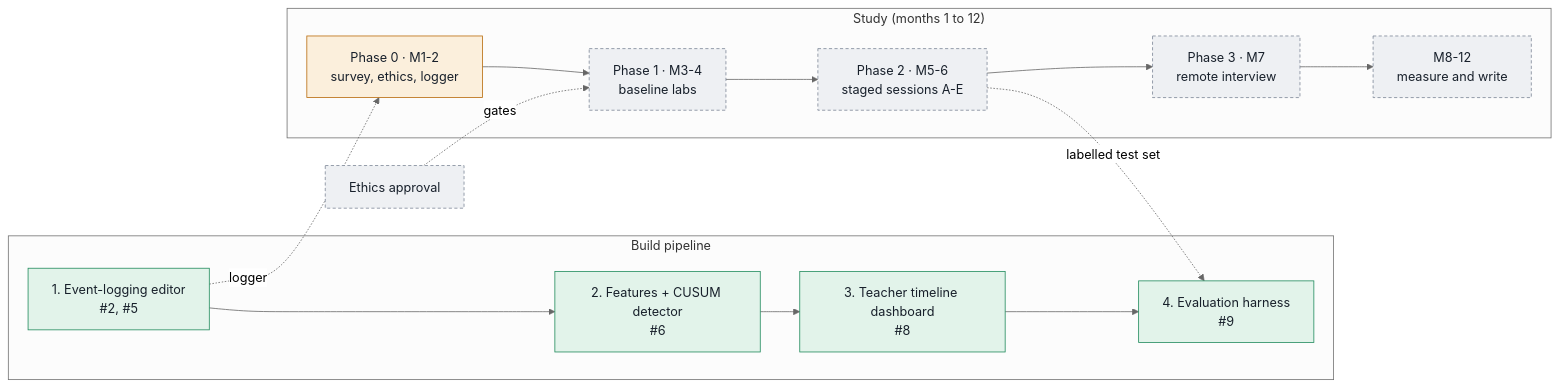
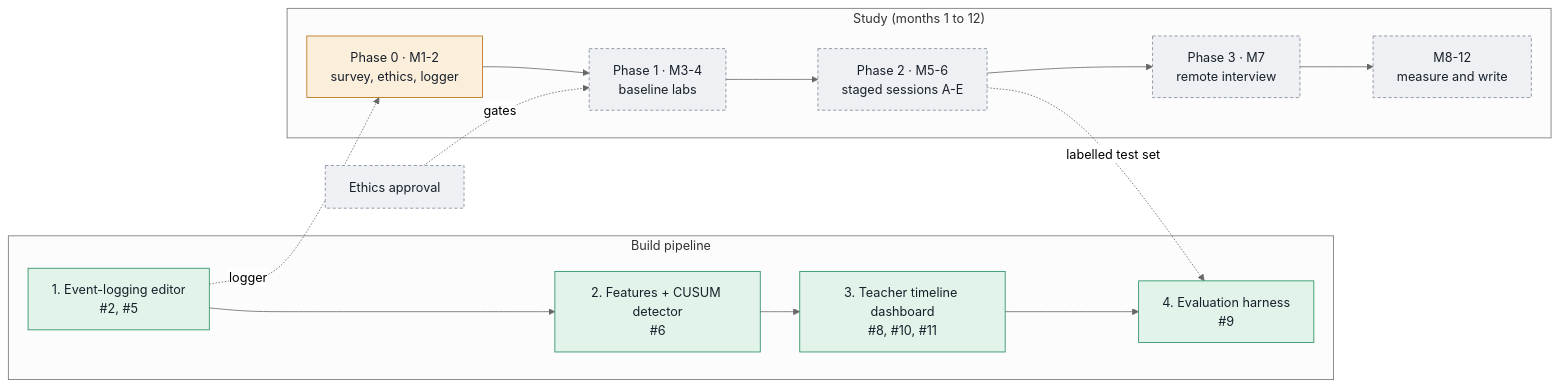
Before and after one commit to codehamster69/student-ide: the diagram in thesis/progress/STATUS.md, drawn with Mermaid (neutral theme). The commit also changed other lines of this file and 45 other files, not shown here.

````diff
--- a/thesis/progress/STATUS.md
+++ b/thesis/progress/STATUS.md
@@ -14,21 +14,21 @@
 ```mermaid
 flowchart LR
   classDef done fill:#e2f3ea,stroke:#1f8a5b,color:#18202b
   classDef prog fill:#fbefdc,stroke:#b86a0b,color:#18202b
   classDef pend fill:#eef0f3,stroke:#7c8696,stroke-dasharray:4 3,color:#18202b
 
   subgraph Build["Build pipeline"]
     B1["1. Event-logging editor<br/>#2, #5"]:::done --> B2["2. Features + CUSUM detector<br/>#6"]:::done
-    B2 --> B3["3. Teacher timeline dashboard<br/>#8"]:::done --> B4["4. Evaluation harness<br/>#9"]:::done
+    B2 --> B3["3. Teacher timeline dashboard<br/>#8, #10, #11"]:::done --> B4["4. Evaluation harness<br/>#9"]:::done
   end
 
   subgraph Study["Study (months 1 to 12)"]
     P0["Phase 0 · M1-2<br/>survey, ethics, logger"]:::prog --> P1["Phase 1 · M3-4<br/>baseline labs"]:::pend
     P1 --> P2["Phase 2 · M5-6<br/>staged sessions A-E"]:::pend --> P3["Phase 3 · M7<br/>remote interview"]:::pend
     P3 --> W["M8-12<br/>measure and write"]:::pend
   end
 
   E["Ethics approval"]:::pend -. gates .-> P1
   B1 -. logger .-> P0
   P2 -. labelled test set .-> B4
 ```
````
